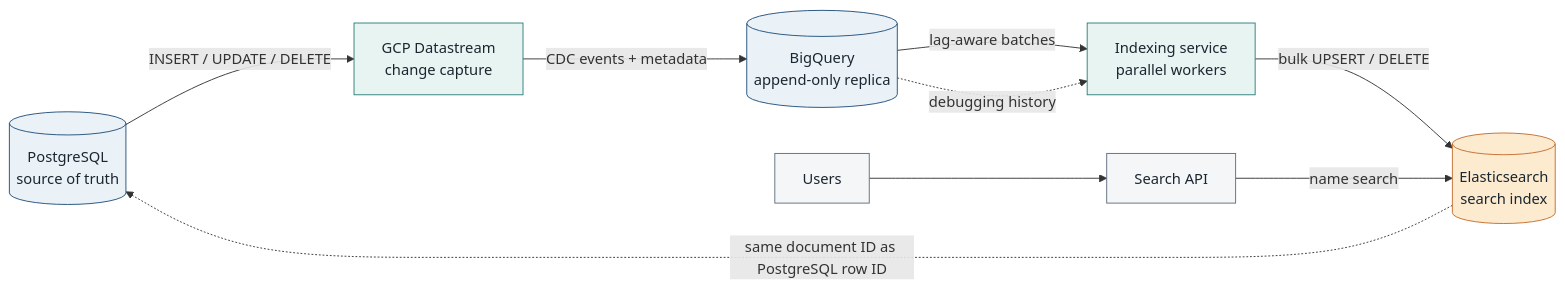
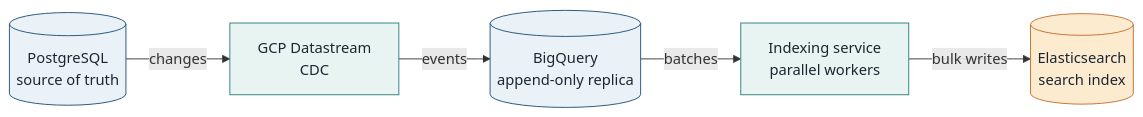
The diagram in presentations/search-migration/diagrams/02-target-architecture.mmd (amir-h-rassafi/presentation), drawn with Mermaid before and after one commit. The commit also changed 9 other files, not shown here.

Commit message:
Update search migration presentation diagrams

```diff
--- a/presentations/search-migration/diagrams/02-target-architecture.mmd
+++ b/presentations/search-migration/diagrams/02-target-architecture.mmd
@@ -1,28 +1,19 @@
 flowchart LR
   pg[(PostgreSQL<br/>source of truth)]
-  ds[GCP Datastream<br/>change capture]
+  cdc[GCP Datastream<br/>CDC]
   bq[(BigQuery<br/>append-only replica)]
   idx[Indexing service<br/>parallel workers]
   es[(Elasticsearch<br/>search index)]
-  api[Search API]
-  users[Users]
 
-  pg -->|INSERT / UPDATE / DELETE| ds
-  ds -->|CDC events + metadata| bq
-  bq -->|lag-aware batches| idx
-  idx -->|bulk UPSERT / DELETE| es
-  users --> api
-  api -->|name search| es
-
-  bq -. debugging history .-> idx
-  es -. same document ID as PostgreSQL row ID .-> pg
+  pg -->|changes| cdc
+  cdc -->|events| bq
+  bq -->|batches| idx
+  idx -->|bulk writes| es
 
   classDef source fill:#EAF2F8,stroke:#1F4E79,color:#1B2631
   classDef stream fill:#E8F4F2,stroke:#2A7F78,color:#1B2631
   classDef search fill:#FDEBD0,stroke:#C56B2C,color:#1B2631
-  classDef client fill:#F4F6F7,stroke:#5D6D7E,color:#1B2631
 
   class pg,bq source
-  class ds,idx stream
+  class cdc,idx stream
   class es search
-  class api,users client
```
